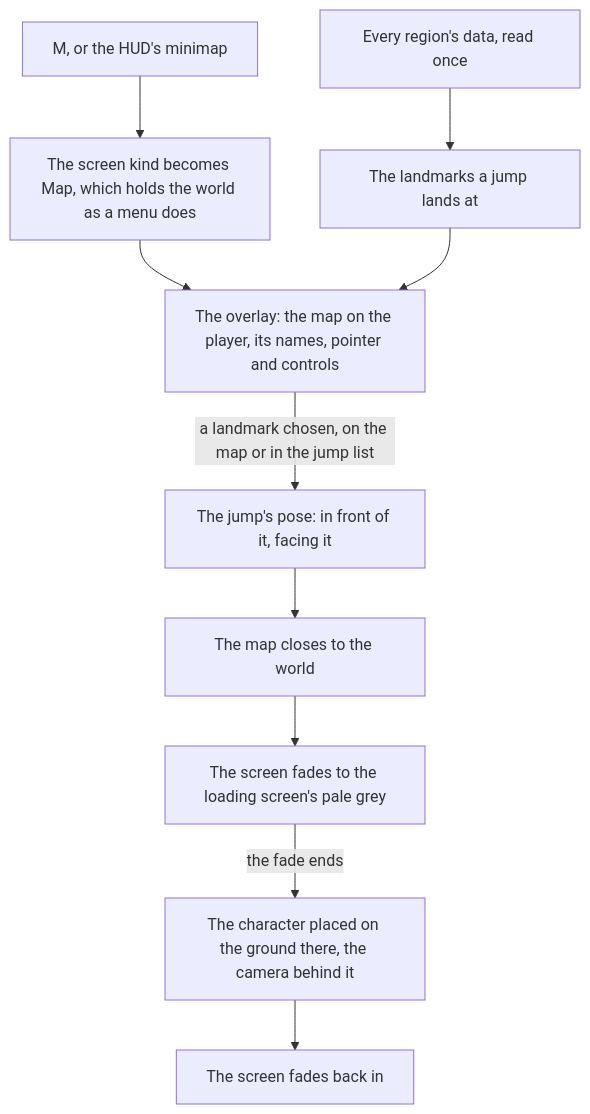
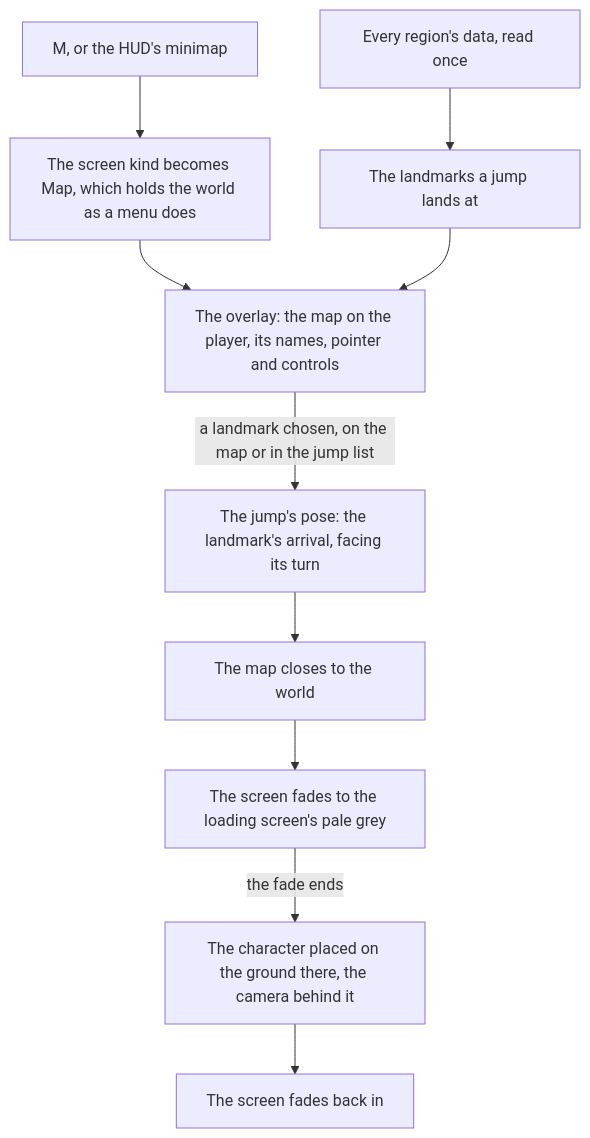
The diagram in openspec/specs/genshin/map/design.md (Esposter/Esposter), drawn with Mermaid before and after one commit. The commit also changed other lines of this file and 19 other files, not shown here.

````diff
--- a/openspec/specs/genshin/map/design.md
+++ b/openspec/specs/genshin/map/design.md
@@ -7,12 +7,12 @@
 ```mermaid
 flowchart TD
   M["M, or the HUD's minimap"] --> SCR["The screen kind becomes Map, which holds the world as a menu does"]
   SCR --> OV["The overlay: the map on the player, its names, pointer and controls"]
   REG["Every region's data, read once"] --> LM["The landmarks a jump lands at"]
   LM --> OV
-  OV -->|"a landmark chosen, on the map or in the jump list"| POSE["The jump's pose: in front of it, facing it"]
+  OV -->|"a landmark chosen, on the map or in the jump list"| POSE["The jump's pose: the landmark's arrival, facing its turn"]
   POSE --> CLOSE["The map closes to the world"]
   CLOSE --> FADE["The screen fades to the loading screen's pale grey"]
   FADE -->|"the fade ends"| PLACE["The character placed on the ground there, the camera behind it"]
   PLACE --> IN["The screen fades back in"]
 ```
````
